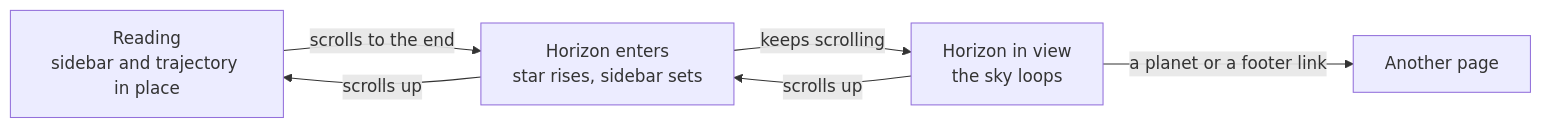
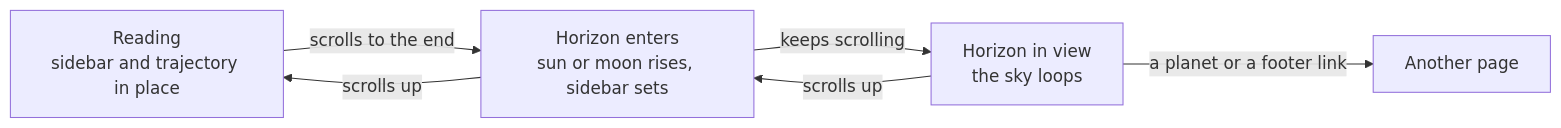
Before and after one commit to nepal-dev-com/docs.nepal-dev.com: the first of 3 diagrams in content/docs/maintain/app-flow/living-horizon.mdx, drawn with Mermaid. The commit also changed other lines of this file and 35 other files, not shown here.

Commit message:
sun and moon position dynamic in horizon

````diff
--- a/content/docs/maintain/app-flow/living-horizon.mdx
+++ b/content/docs/maintain/app-flow/living-horizon.mdx
@@ -36,8 +37,8 @@
 ```mermaid
 flowchart LR
-  R["Reading<br/>sidebar and trajectory in place"] -->|scrolls to the end| E["Horizon enters<br/>star rises, sidebar sets"]
+  R["Reading<br/>sidebar and trajectory in place"] -->|scrolls to the end| E["Horizon enters<br/>sun or moon rises, sidebar sets"]
   E -->|keeps scrolling| H["Horizon in view<br/>the sky loops"]
   H -->|scrolls up| E
   E -->|scrolls up| R
   H -->|a planet or a footer link| P["Another page"]
 ```
````
